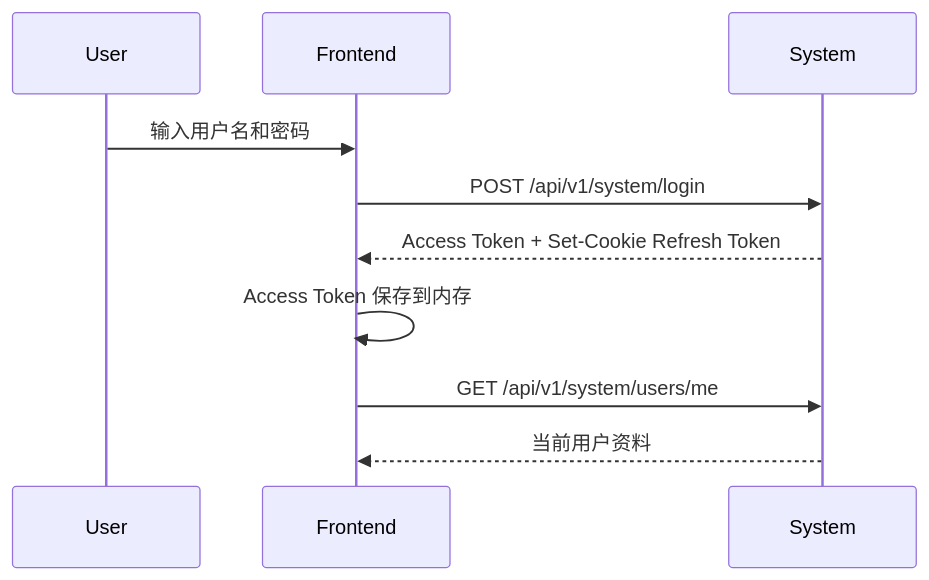
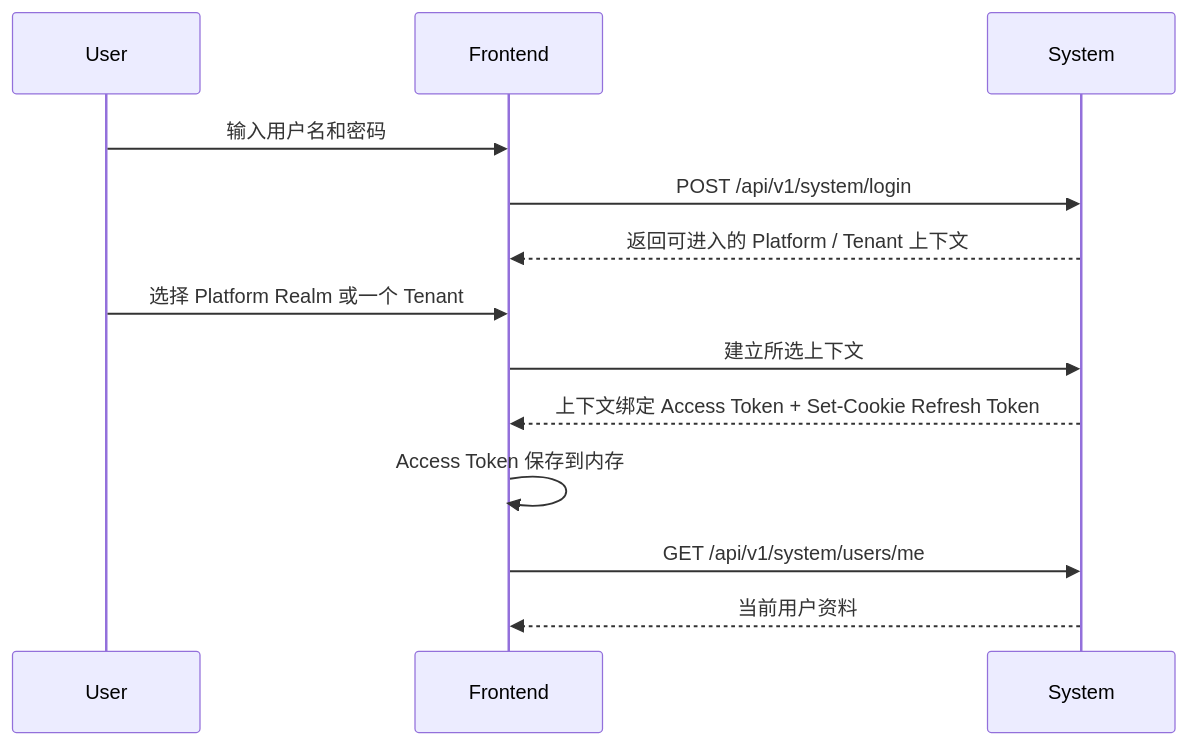
Before and after one commit to pampa0629/addp: the second of 4 diagrams in docs/concepts/addp登录认证的原理说明.md, drawn with Mermaid. The commit also changed other lines of this file and 44 other files, not shown here.

````diff
--- a/docs/concepts/addp登录认证的原理说明.md
+++ b/docs/concepts/addp登录认证的原理说明.md
@@ -51,13 +51,16 @@
 ```mermaid
 sequenceDiagram
     participant U as User
     participant F as Frontend
     participant S as System
 
     U->>F: 输入用户名和密码
     F->>S: POST /api/v1/system/login
-    S-->>F: Access Token + Set-Cookie Refresh Token
+    S-->>F: 返回可进入的 Platform / Tenant 上下文
+    U->>F: 选择 Platform Realm 或一个 Tenant
+    F->>S: 建立所选上下文
+    S-->>F: 上下文绑定 Access Token + Set-Cookie Refresh Token
     F->>F: Access Token 保存到内存
     F->>S: GET /api/v1/system/users/me
     S-->>F: 当前用户资料
 ```
````
